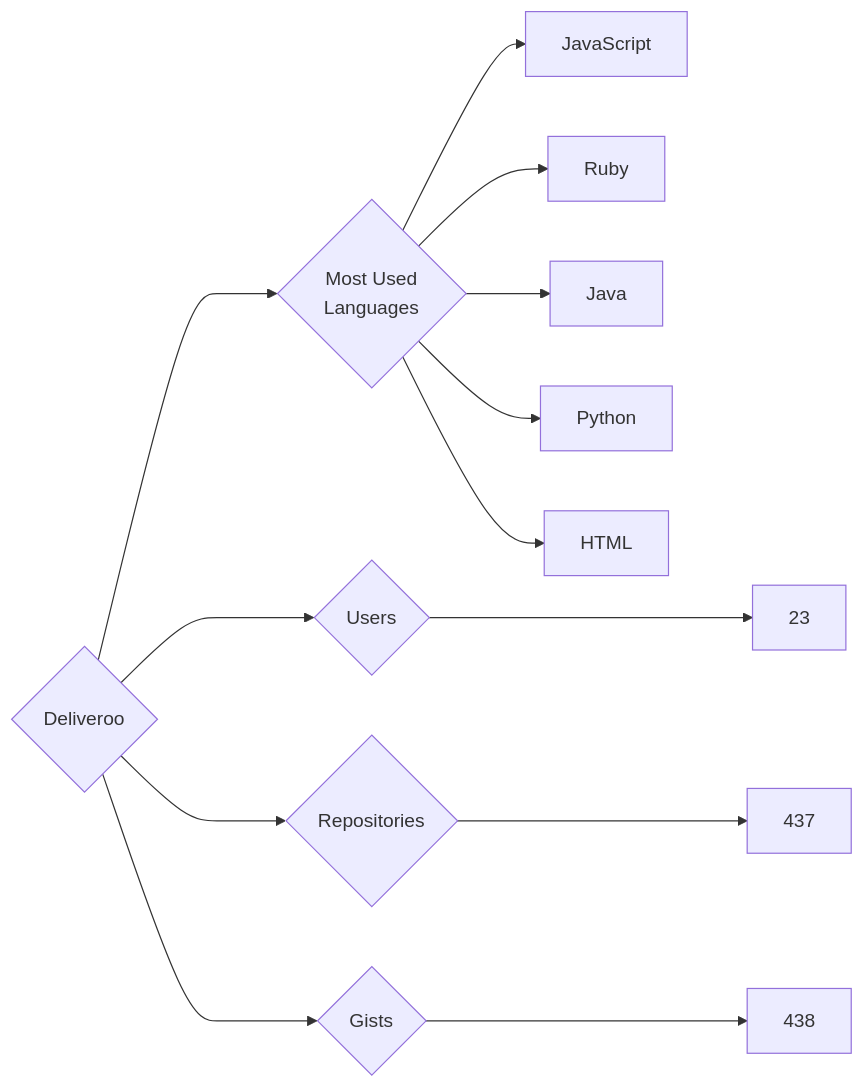
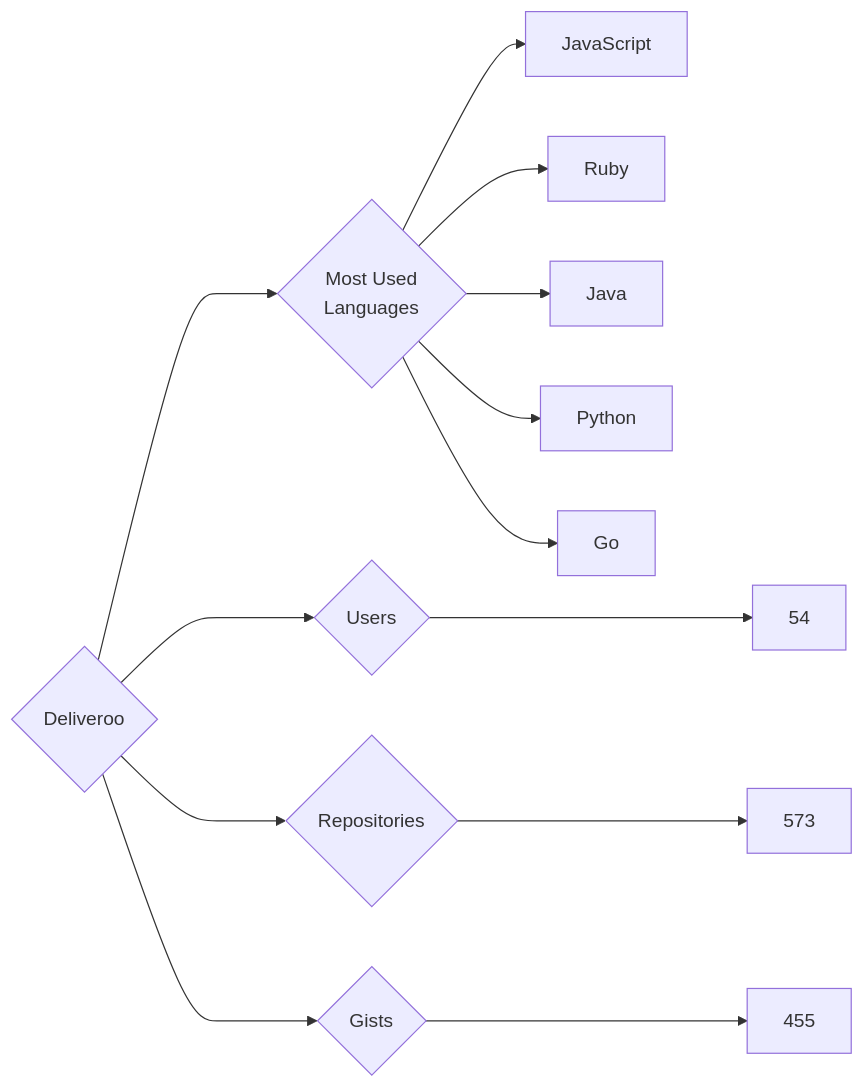
The diagram in targets/Deliveroo/README.md (trickest/insiders), drawn with Mermaid before and after one commit. The commit also changed 984 other files, not shown here.

````diff
--- a/targets/Deliveroo/README.md
+++ b/targets/Deliveroo/README.md
@@ -3,13 +3,13 @@
 ```mermaid
 graph LR
 COMPANY_NAME{Deliveroo}
-COMPANY_NAME ---> U{Users} ---> UN[23]
-COMPANY_NAME ---> R{Repositories} ---> RN[437]
-COMPANY_NAME ---> G{Gists} ---> GN[438]
+COMPANY_NAME ---> U{Users} ---> UN[54]
+COMPANY_NAME ---> R{Repositories} ---> RN[573]
+COMPANY_NAME ---> G{Gists} ---> GN[455]
 COMPANY_NAME ---> ML{Most Used<br>Languages}
 ML --> JavaScript[JavaScript]
 ML --> Ruby[Ruby]
 ML --> Java[Java]
 ML --> Python[Python]
-ML --> HTML[HTML]
+ML --> Go[Go]
 ```
````
